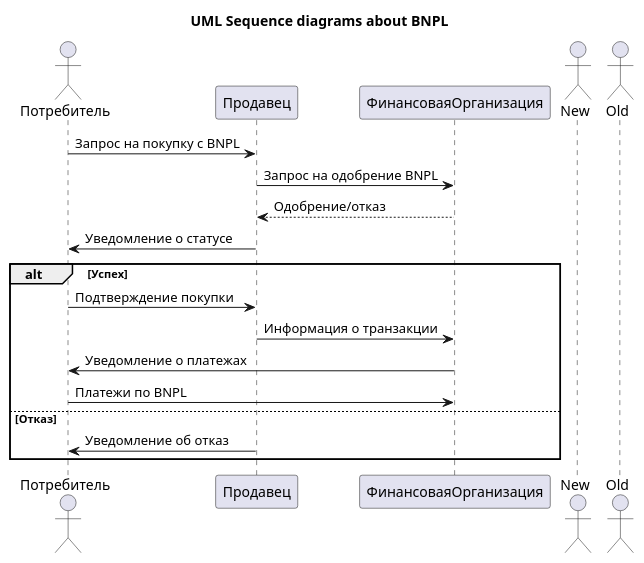
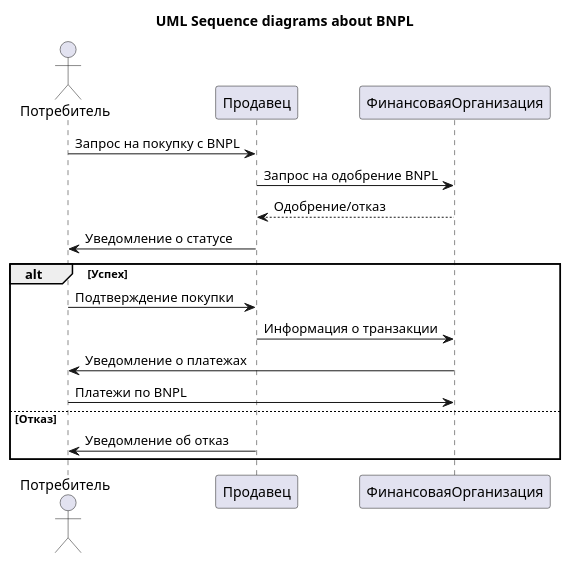
Before and after one commit to MinElmir/MVP: the diagram in test_delet.puml, drawn with PlantUML.

```diff
--- a/test_delet.puml
+++ b/test_delet.puml
@@ -1,22 +1,20 @@
 @startuml название диаграммы
 title "UML Sequence diagrams about BNPL"
     actor Потребитель
     participant Продавец
     participant ФинансоваяОрганизация
 
     Потребитель->Продавец: Запрос на покупку с BNPL
     Продавец->ФинансоваяОрганизация: Запрос на одобрение BNPL
     ФинансоваяОрганизация-->Продавец: Одобрение/отказ
     Продавец->Потребитель: Уведомление о статусе
 
     alt Успех
         Потребитель->Продавец: Подтверждение покупки
         Продавец->ФинансоваяОрганизация: Информация о транзакции
         ФинансоваяОрганизация->Потребитель: Уведомление о платежах
         Потребитель->ФинансоваяОрганизация: Платежи по BNPL
     else Отказ
         Продавец->Потребитель: Уведомление об отказ
     end
-    actor New
-    actor Old
 @enduml
```
